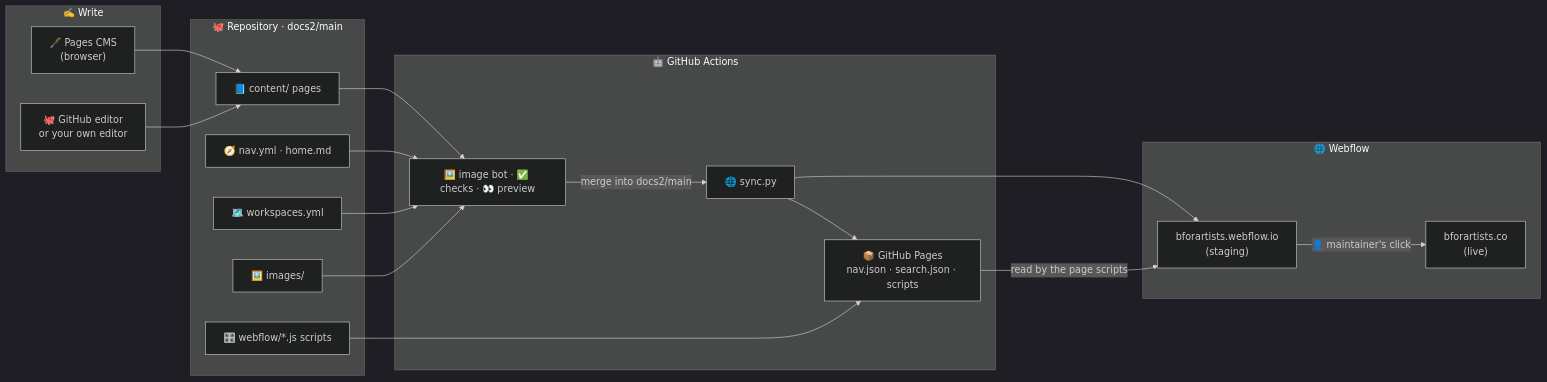
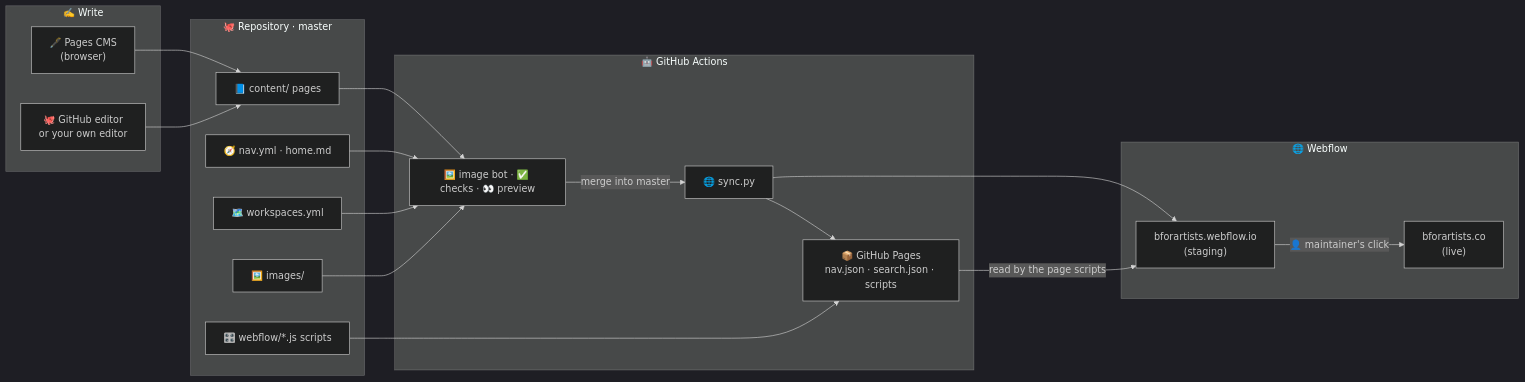
The diagram in docs2/dev-docs/Maintainer-Guide.md (Bforartists/Manual), drawn with Mermaid (dark theme) before and after one commit. The commit also changed other lines of this file and 18 other files, not shown here.

````diff
--- a/docs2/dev-docs/Maintainer-Guide.md
+++ b/docs2/dev-docs/Maintainer-Guide.md
@@ -9,35 +9,35 @@
 ```mermaid
 flowchart LR
   subgraph W["✍️ Write"]
     PC["🖋️ Pages CMS<br/>(browser)"]
     GH["🐙 GitHub editor<br/>or your own editor"]
   end
-  subgraph R["🐙 Repository · docs2/main"]
+  subgraph R["🐙 Repository · master"]
     C["📘 content/ pages"]
     N["🧭 nav.yml · home.md"]
     WS["🗺️ workspaces.yml"]
     I["🖼️ images/"]
     J["🎛️ webflow/*.js scripts"]
   end
   subgraph A["🤖 GitHub Actions"]
     B["🖼️ image bot · ✅ checks · 👀 preview"]
     S["🌐 sync.py"]
     P["📦 GitHub Pages<br/>nav.json · search.json · scripts"]
   end
   subgraph F["🌐 Webflow"]
     ST["bforartists.webflow.io<br/>(staging)"]
     LV["bforartists.co<br/>(live)"]
   end
   PC --> C
   GH --> C
   C --> B
   N --> B
   WS --> B
   I --> B
-  B -->|"merge into docs2/main"| S
+  B -->|"merge into master"| S
   S --> ST
   S --> P
   J --> P
   P -->|"read by the page scripts"| ST
   ST -->|"👤 maintainer's click"| LV
 ```
````
